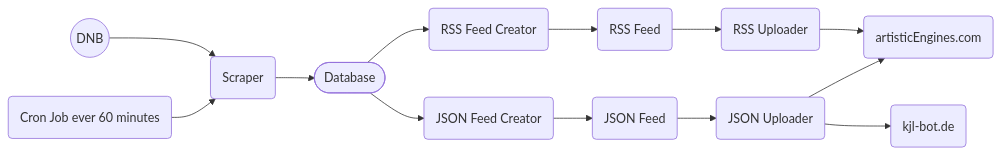
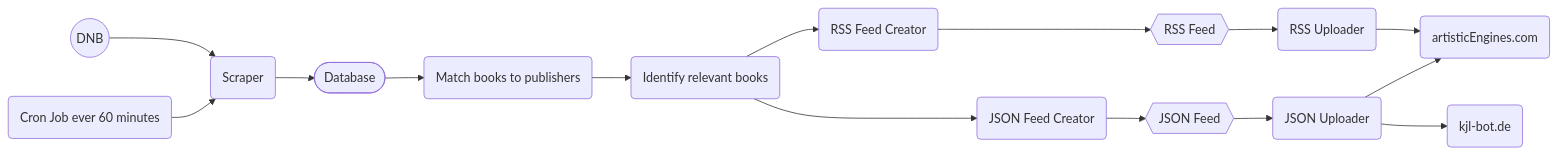
One commit to KJL-Bot/kjl-bot changed the diagram in README.md. Above: the diagram before and after it, drawn with Mermaid.

Commit message:
Updated diagram to be more explicit

````diff
--- a/README.md
+++ b/README.md
@@ -17,21 +17,23 @@
 ```mermaid
   flowchart LR
     dnb((DNB))
     scraper(Scraper)
     cronjob(Cron Job ever 60 minutes)
     database([Database])
+    matchBooksToPublishers(Match books to publishers)
+    identifyRelevantBooks(Identify relevant books)
     rssFeedCreator(RSS Feed Creator)
-    rssFeed(RSS Feed)
+    rssFeed{{RSS Feed}}
     RSSUploader(RSS Uploader)
     artisticEngines(artisticEngines.com)
     
     jsonFeedCreator(JSON Feed Creator)
-    jsonFeed(JSON Feed)
+    jsonFeed{{JSON Feed}}
     jsonUploader(JSON Uploader)
     kjl-bot(kjl-bot.de)
     
-    dnb-->scraper-->database-->rssFeedCreator-->rssFeed-->RSSUploader-->artisticEngines
+    dnb-->scraper-->database-->matchBooksToPublishers-->identifyRelevantBooks-->rssFeedCreator--->rssFeed-->RSSUploader-->artisticEngines
     cronjob-->scraper
-    database-->jsonFeedCreator-->jsonFeed-->jsonUploader-->kjl-bot
+    identifyRelevantBooks-->jsonFeedCreator-->jsonFeed-->jsonUploader-->kjl-bot
     jsonUploader-->artisticEngines
  ```
````
